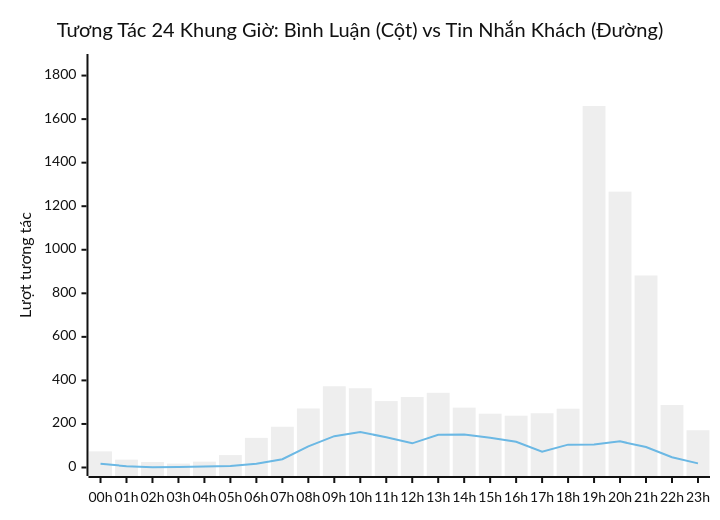
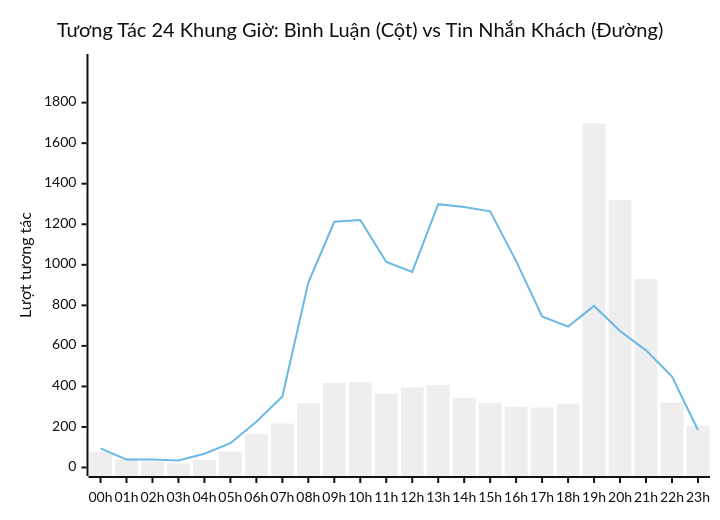
Before and after one commit to dai-duong-1992/nerci-wiki: the seventh of 8 diagrams in content/Pancake-Audit/2026-08-25-NERCI-Pancake-Omnichannel-Performance-Report.md, drawn with Mermaid (neutral theme). The commit also changed other lines of this file and 2 other files, not shown here.

````diff
--- a/content/Pancake-Audit/2026-08-25-NERCI-Pancake-Omnichannel-Performance-Report.md
+++ b/content/Pancake-Audit/2026-08-25-NERCI-Pancake-Omnichannel-Performance-Report.md
@@ -153,8 +165,8 @@
 ```mermaid
 xychart-beta
     title "Tương Tác 24 Khung Giờ: Bình Luận (Cột) vs Tin Nhắn Khách (Đường)"
     x-axis ["00h", "01h", "02h", "03h", "04h", "05h", "06h", "07h", "08h", "09h", "10h", "11h", "12h", "13h", "14h", "15h", "16h", "17h", "18h", "19h", "20h", "21h", "22h", "23h"]
-    y-axis "Lượt tương tác" 0 --> 1860
-    bar [74, 36, 25, 18, 27, 57, 136, 187, 271, 373, 364, 305, 324, 343, 275, 247, 238, 249, 270, 1660, 1267, 882, 287, 171]
-    line [17, 6, 1, 2, 5, 7, 17, 38, 97, 144, 163, 139, 111, 150, 151, 137, 118, 73, 105, 106, 120, 94, 47, 19]
+    y-axis "Lượt tương tác" 0 --> 1998
+    bar [78, 39, 30, 21, 37, 79, 165, 217, 317, 417, 421, 365, 395, 407, 344, 319, 300, 296, 315, 1698, 1321, 930, 320, 205]
+    line [94, 39, 40, 35, 68, 120, 226, 350, 912, 1212, 1221, 1014, 965, 1299, 1285, 1264, 1018, 745, 695, 797, 673, 578, 449, 185]
 ```
````
